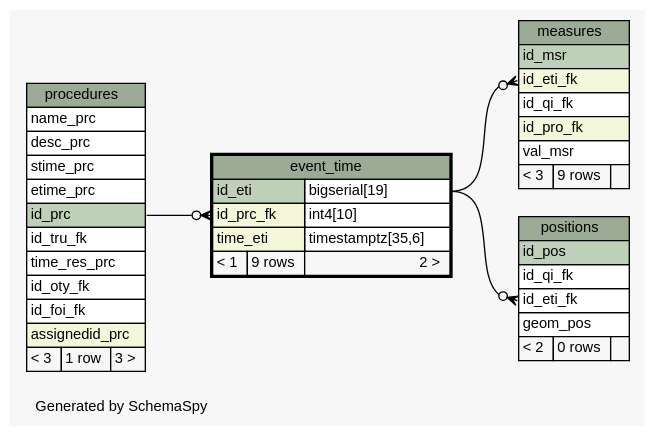
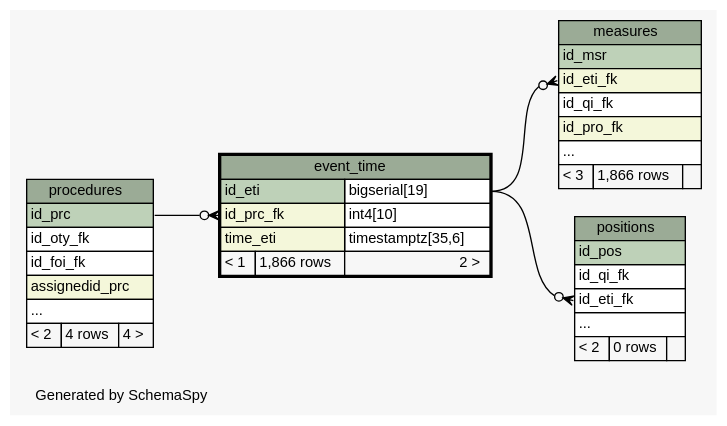
One commit to istSOS/istsos2 changed the diagram in documentation/_static/istsosDB/diagrams/event_time.1degree.dot. Above: the diagram before and after it, drawn with Graphviz. The commit also changed 92 other files, not shown here.

Commit message:
add new schema documentation

```diff
--- a/documentation/_static/istsosDB/diagrams/event_time.1degree.dot
+++ b/documentation/_static/istsosDB/diagrams/event_time.1degree.dot
@@ -1,83 +1,78 @@
-// dot 2.26.3 on Linux 3.2.0-38-generic-pae
-// SchemaSpy rev 590
+// dot 2.36.0 on Linux 3.16.7-031607-generic
+// SchemaSpy rev Unknown
 digraph "oneDegreeRelationshipsDiagram" {
   graph [
     rankdir="RL"
     bgcolor="#f7f7f7"
     label="\nGenerated by SchemaSpy"
     labeljust="l"
     nodesep="0.18"
     ranksep="0.46"
     fontname="Helvetica"
     fontsize="11"
   ];
   node [
     fontname="Helvetica"
     fontsize="11"
     shape="plaintext"
   ];
   edge [
     arrowsize="0.8"
   ];
   "event_time":"id_prc_fk":w -> "procedures":"id_prc":e [arrowhead=none dir=back arrowtail=crowodot];
   "measures":"id_eti_fk":w -> "event_time":"id_eti.type":e [arrowhead=none dir=back arrowtail=crowodot];
   "positions":"id_eti_fk":w -> "event_time":"id_eti.type":e [arrowhead=none dir=back arrowtail=crowodot];
   "event_time" [
     label=<
     <TABLE BORDER="2" CELLBORDER="1" CELLSPACING="0" BGCOLOR="#ffffff">
       <TR><TD COLSPAN="3" BGCOLOR="#9bab96" ALIGN="CENTER">event_time</TD></TR>
       <TR><TD PORT="id_eti" COLSPAN="2" BGCOLOR="#bed1b8" ALIGN="LEFT">id_eti</TD><TD PORT="id_eti.type" ALIGN="LEFT">bigserial[19]</TD></TR>
       <TR><TD PORT="id_prc_fk" COLSPAN="2" BGCOLOR="#f4f7da" ALIGN="LEFT">id_prc_fk</TD><TD PORT="id_prc_fk.type" ALIGN="LEFT">int4[10]</TD></TR>
       <TR><TD PORT="time_eti" COLSPAN="2" BGCOLOR="#f4f7da" ALIGN="LEFT">time_eti</TD><TD PORT="time_eti.type" ALIGN="LEFT">timestamptz[35,6]</TD></TR>
-      <TR><TD ALIGN="LEFT" BGCOLOR="#f7f7f7">&lt; 1</TD><TD ALIGN="RIGHT" BGCOLOR="#f7f7f7">9 rows</TD><TD ALIGN="RIGHT" BGCOLOR="#f7f7f7">2 &gt;</TD></TR>
+      <TR><TD ALIGN="LEFT" BGCOLOR="#f7f7f7">&lt; 1</TD><TD ALIGN="RIGHT" BGCOLOR="#f7f7f7">1,866 rows</TD><TD ALIGN="RIGHT" BGCOLOR="#f7f7f7">2 &gt;</TD></TR>
     </TABLE>>
     URL="event_time.html"
     tooltip="event_time"
   ];
   "measures" [
     label=<
     <TABLE BORDER="0" CELLBORDER="1" CELLSPACING="0" BGCOLOR="#ffffff">
       <TR><TD COLSPAN="3" BGCOLOR="#9bab96" ALIGN="CENTER">measures</TD></TR>
       <TR><TD PORT="id_msr" COLSPAN="3" BGCOLOR="#bed1b8" ALIGN="LEFT">id_msr</TD></TR>
       <TR><TD PORT="id_eti_fk" COLSPAN="3" BGCOLOR="#f4f7da" ALIGN="LEFT">id_eti_fk</TD></TR>
       <TR><TD PORT="id_qi_fk" COLSPAN="3" ALIGN="LEFT">id_qi_fk</TD></TR>
       <TR><TD PORT="id_pro_fk" COLSPAN="3" BGCOLOR="#f4f7da" ALIGN="LEFT">id_pro_fk</TD></TR>
-      <TR><TD PORT="val_msr" COLSPAN="3" ALIGN="LEFT">val_msr</TD></TR>
-      <TR><TD ALIGN="LEFT" BGCOLOR="#f7f7f7">&lt; 3</TD><TD ALIGN="RIGHT" BGCOLOR="#f7f7f7">9 rows</TD><TD ALIGN="RIGHT" BGCOLOR="#f7f7f7">  </TD></TR>
+      <TR><TD PORT="elipses" COLSPAN="3" ALIGN="LEFT">...</TD></TR>
+      <TR><TD ALIGN="LEFT" BGCOLOR="#f7f7f7">&lt; 3</TD><TD ALIGN="RIGHT" BGCOLOR="#f7f7f7">1,866 rows</TD><TD ALIGN="RIGHT" BGCOLOR="#f7f7f7">  </TD></TR>
     </TABLE>>
     URL="measures.html"
     tooltip="measures"
   ];
   "positions" [
     label=<
     <TABLE BORDER="0" CELLBORDER="1" CELLSPACING="0" BGCOLOR="#ffffff">
       <TR><TD COLSPAN="3" BGCOLOR="#9bab96" ALIGN="CENTER">positions</TD></TR>
       <TR><TD PORT="id_pos" COLSPAN="3" BGCOLOR="#bed1b8" ALIGN="LEFT">id_pos</TD></TR>
       <TR><TD PORT="id_qi_fk" COLSPAN="3" ALIGN="LEFT">id_qi_fk</TD></TR>
       <TR><TD PORT="id_eti_fk" COLSPAN="3" ALIGN="LEFT">id_eti_fk</TD></TR>
-      <TR><TD PORT="geom_pos" COLSPAN="3" ALIGN="LEFT">geom_pos</TD></TR>
+      <TR><TD PORT="elipses" COLSPAN="3" ALIGN="LEFT">...</TD></TR>
       <TR><TD ALIGN="LEFT" BGCOLOR="#f7f7f7">&lt; 2</TD><TD ALIGN="RIGHT" BGCOLOR="#f7f7f7">0 rows</TD><TD ALIGN="RIGHT" BGCOLOR="#f7f7f7">  </TD></TR>
     </TABLE>>
     URL="positions.html"
     tooltip="positions"
   ];
   "procedures" [
     label=<
     <TABLE BORDER="0" CELLBORDER="1" CELLSPACING="0" BGCOLOR="#ffffff">
       <TR><TD COLSPAN="3" BGCOLOR="#9bab96" ALIGN="CENTER">procedures</TD></TR>
-      <TR><TD PORT="name_prc" COLSPAN="3" ALIGN="LEFT">name_prc</TD></TR>
-      <TR><TD PORT="desc_prc" COLSPAN="3" ALIGN="LEFT">desc_prc</TD></TR>
-      <TR><TD PORT="stime_prc" COLSPAN="3" ALIGN="LEFT">stime_prc</TD></TR>
-      <TR><TD PORT="etime_prc" COLSPAN="3" ALIGN="LEFT">etime_prc</TD></TR>
       <TR><TD PORT="id_prc" COLSPAN="3" BGCOLOR="#bed1b8" ALIGN="LEFT">id_prc</TD></TR>
-      <TR><TD PORT="id_tru_fk" COLSPAN="3" ALIGN="LEFT">id_tru_fk</TD></TR>
-      <TR><TD PORT="time_res_prc" COLSPAN="3" ALIGN="LEFT">time_res_prc</TD></TR>
       <TR><TD PORT="id_oty_fk" COLSPAN="3" ALIGN="LEFT">id_oty_fk</TD></TR>
       <TR><TD PORT="id_foi_fk" COLSPAN="3" ALIGN="LEFT">id_foi_fk</TD></TR>
       <TR><TD PORT="assignedid_prc" COLSPAN="3" BGCOLOR="#f4f7da" ALIGN="LEFT">assignedid_prc</TD></TR>
-      <TR><TD ALIGN="LEFT" BGCOLOR="#f7f7f7">&lt; 3</TD><TD ALIGN="RIGHT" BGCOLOR="#f7f7f7">1 row</TD><TD ALIGN="RIGHT" BGCOLOR="#f7f7f7">3 &gt;</TD></TR>
+      <TR><TD PORT="elipses" COLSPAN="3" ALIGN="LEFT">...</TD></TR>
+      <TR><TD ALIGN="LEFT" BGCOLOR="#f7f7f7">&lt; 2</TD><TD ALIGN="RIGHT" BGCOLOR="#f7f7f7">4 rows</TD><TD ALIGN="RIGHT" BGCOLOR="#f7f7f7">4 &gt;</TD></TR>
     </TABLE>>
     URL="procedures.html"
     tooltip="procedures"
   ];
 }
```
